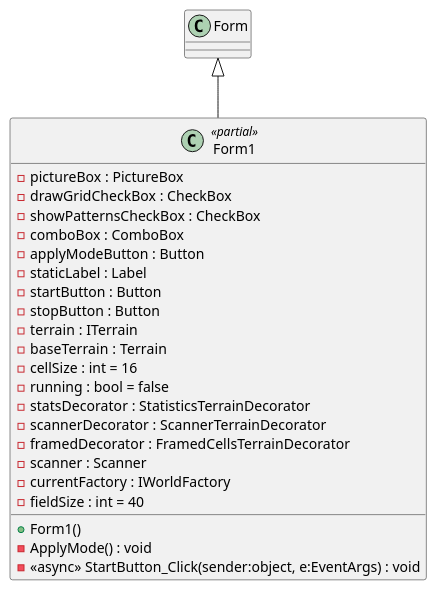
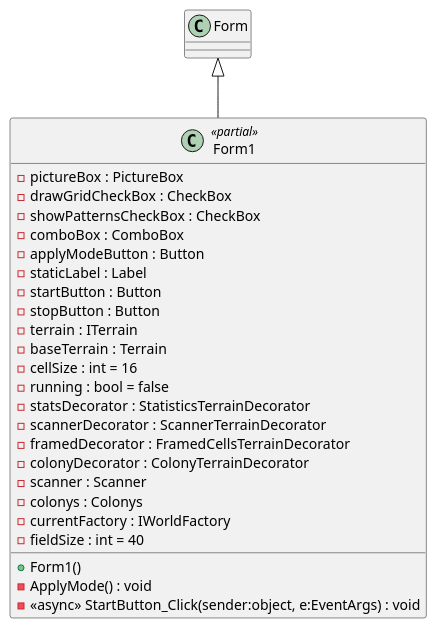
Before and after one commit to Margaritca2008/MyProjectOOP: the diagram in WinFormsApp2/uml/allInOne.puml/Form1.puml, drawn with PlantUML. The commit also changed 11 other files, not shown here.

```diff
--- a/WinFormsApp2/uml/allInOne.puml/Form1.puml
+++ b/WinFormsApp2/uml/allInOne.puml/Form1.puml
@@ -1,26 +1,28 @@
 @startuml
 class Form1 <<partial>> {
     - pictureBox : PictureBox
     - drawGridCheckBox : CheckBox
     - showPatternsCheckBox : CheckBox
     - comboBox : ComboBox
     - applyModeButton : Button
     - staticLabel : Label
     - startButton : Button
     - stopButton : Button
     - terrain : ITerrain
     - baseTerrain : Terrain
     - cellSize : int = 16
     - running : bool = false
     - statsDecorator : StatisticsTerrainDecorator
     - scannerDecorator : ScannerTerrainDecorator
     - framedDecorator : FramedCellsTerrainDecorator
+    - colonyDecorator : ColonyTerrainDecorator
     - scanner : Scanner
+    - colonys : Colonys
     - currentFactory : IWorldFactory
     - fieldSize : int = 40
     + Form1()
     - ApplyMode() : void
     - <<async>> StartButton_Click(sender:object, e:EventArgs) : void
 }
 Form <|-- Form1
 @enduml
```
